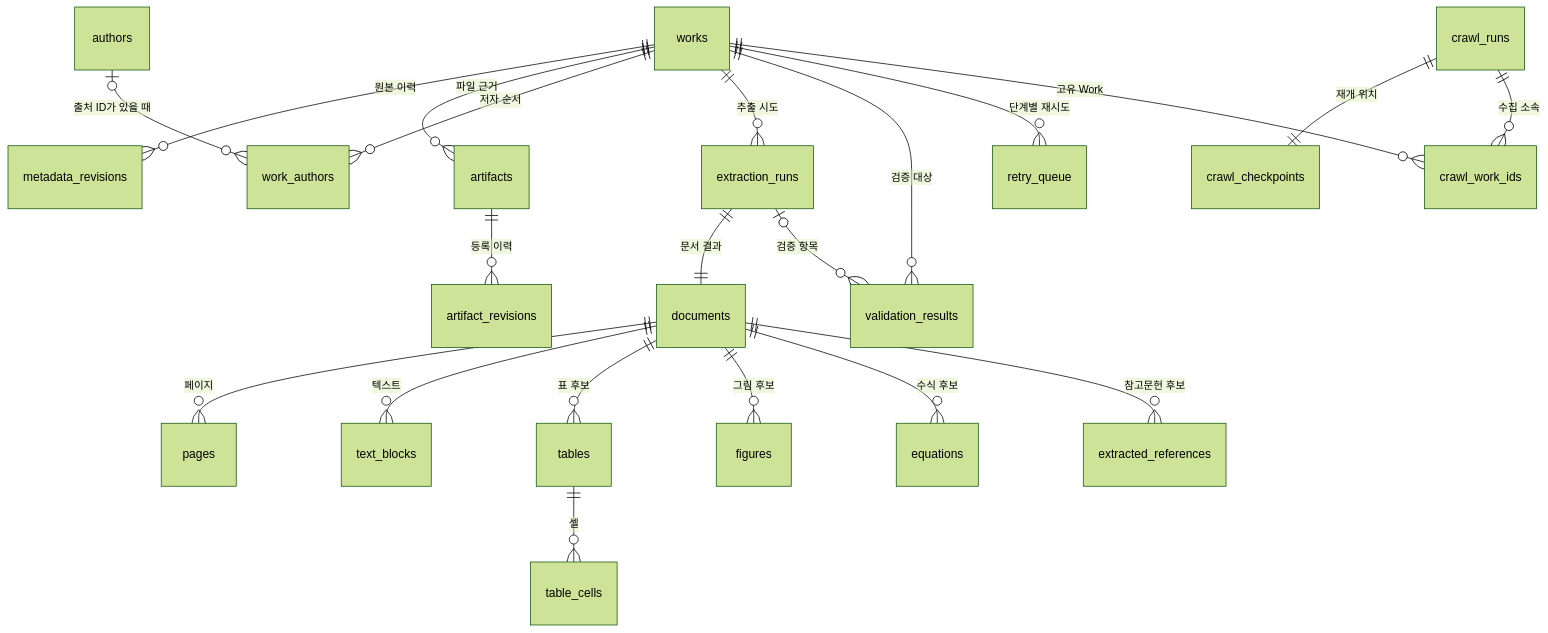
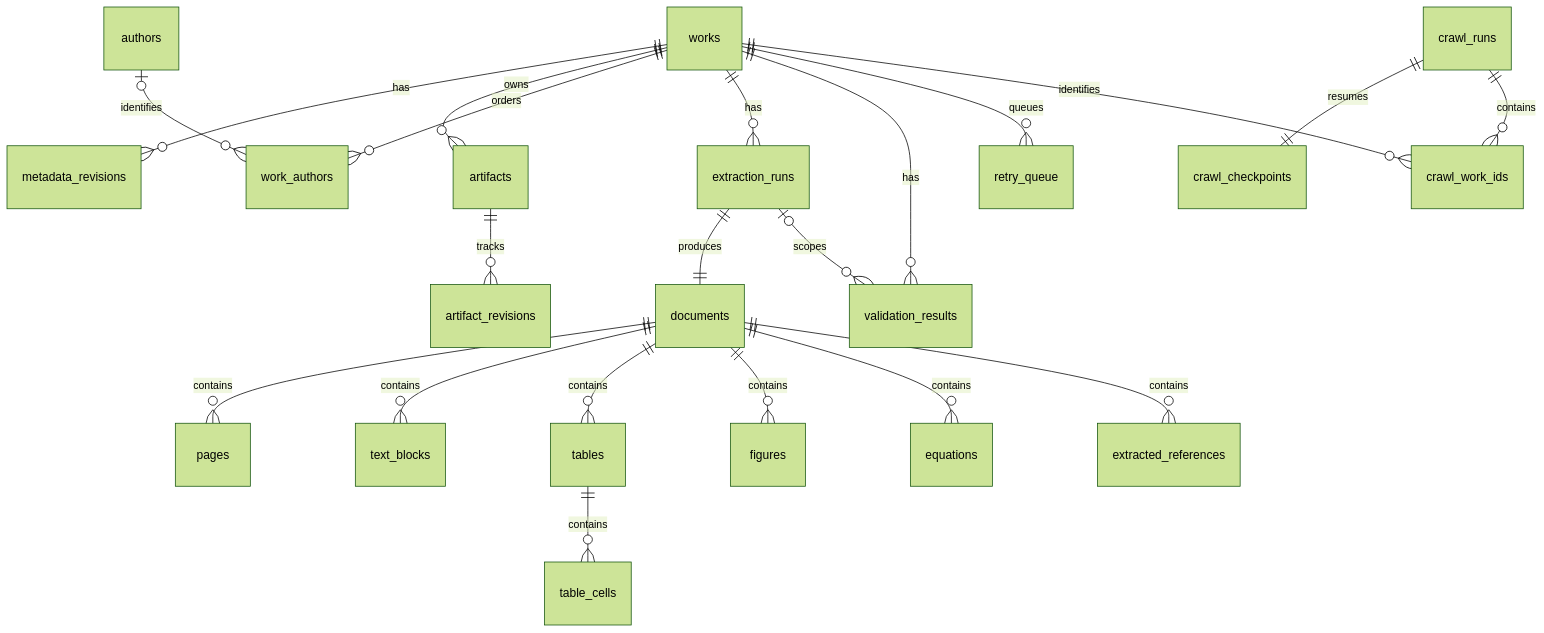
One commit to jongsu-king/openalex-corpus-harvester changed the fifth of 5 diagrams in openalex_corpus/docs/ARCHITECTURE.md. Above: the diagram before and after it, drawn with Mermaid (forest theme). The commit also changed other lines of this file and 12 other files, not shown here.

Commit message:
docs: rewrite references in English and redraw execution diagrams

````diff
--- a/openalex_corpus/docs/ARCHITECTURE.md
+++ b/openalex_corpus/docs/ARCHITECTURE.md
@@ -267,23 +295,23 @@
 ```mermaid
 erDiagram
-    works ||--o{ metadata_revisions : "원본 이력"
-    works ||--o{ artifacts : "파일 근거"
-    artifacts ||--o{ artifact_revisions : "등록 이력"
-    works ||--o{ work_authors : "저자 순서"
-    authors |o--o{ work_authors : "출처 ID가 있을 때"
-    works ||--o{ extraction_runs : "추출 시도"
-    extraction_runs ||--|| documents : "문서 결과"
-    documents ||--o{ pages : "페이지"
-    documents ||--o{ text_blocks : "텍스트"
-    documents ||--o{ tables : "표 후보"
-    tables ||--o{ table_cells : "셀"
-    documents ||--o{ figures : "그림 후보"
-    documents ||--o{ equations : "수식 후보"
-    documents ||--o{ extracted_references : "참고문헌 후보"
-    extraction_runs |o--o{ validation_results : "검증 항목"
-    works ||--o{ validation_results : "검증 대상"
-    works ||--o{ retry_queue : "단계별 재시도"
-    crawl_runs ||--|| crawl_checkpoints : "재개 위치"
-    crawl_runs ||--o{ crawl_work_ids : "수집 소속"
-    works ||--o{ crawl_work_ids : "고유 Work"
+    works ||--o{ metadata_revisions : has
+    works ||--o{ artifacts : owns
+    artifacts ||--o{ artifact_revisions : tracks
+    works ||--o{ work_authors : orders
+    authors |o--o{ work_authors : identifies
+    works ||--o{ extraction_runs : has
+    extraction_runs ||--|| documents : produces
+    documents ||--o{ pages : contains
+    documents ||--o{ text_blocks : contains
+    documents ||--o{ tables : contains
+    tables ||--o{ table_cells : contains
+    documents ||--o{ figures : contains
+    documents ||--o{ equations : contains
+    documents ||--o{ extracted_references : contains
+    extraction_runs |o--o{ validation_results : scopes
+    works ||--o{ validation_results : has
+    works ||--o{ retry_queue : queues
+    crawl_runs ||--|| crawl_checkpoints : resumes
+    crawl_runs ||--o{ crawl_work_ids : contains
+    works ||--o{ crawl_work_ids : identifies
 ```
````
